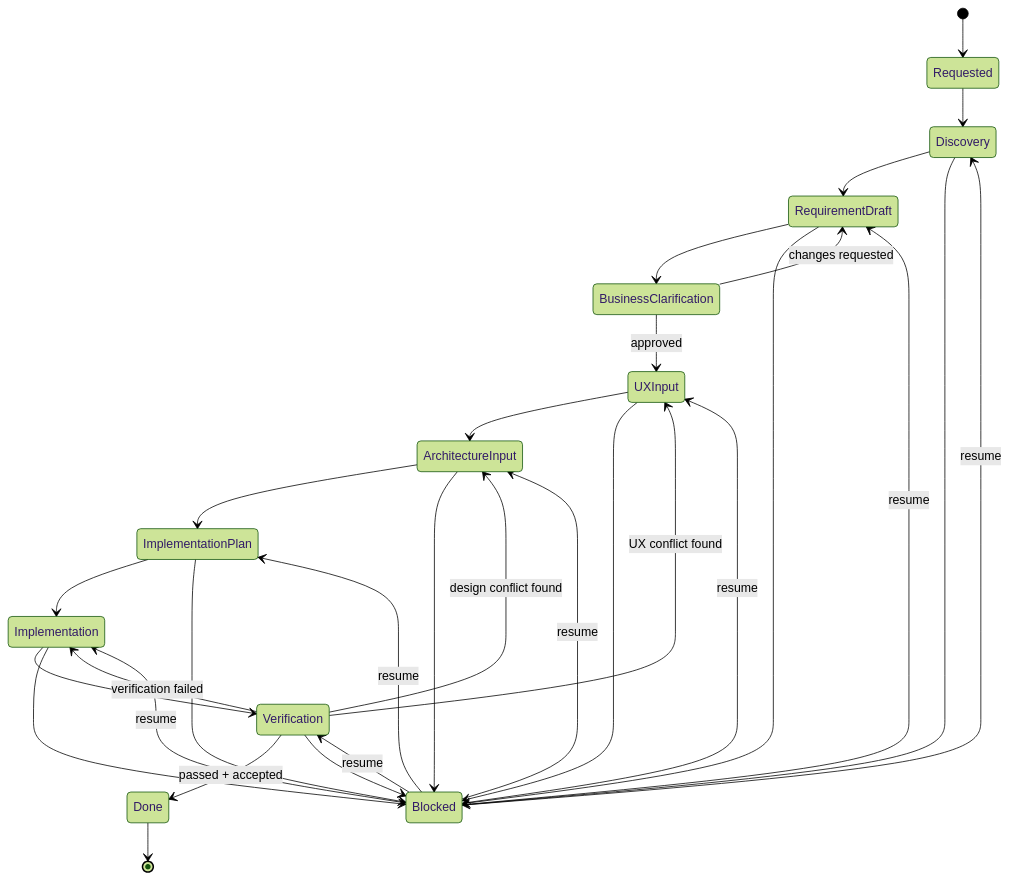
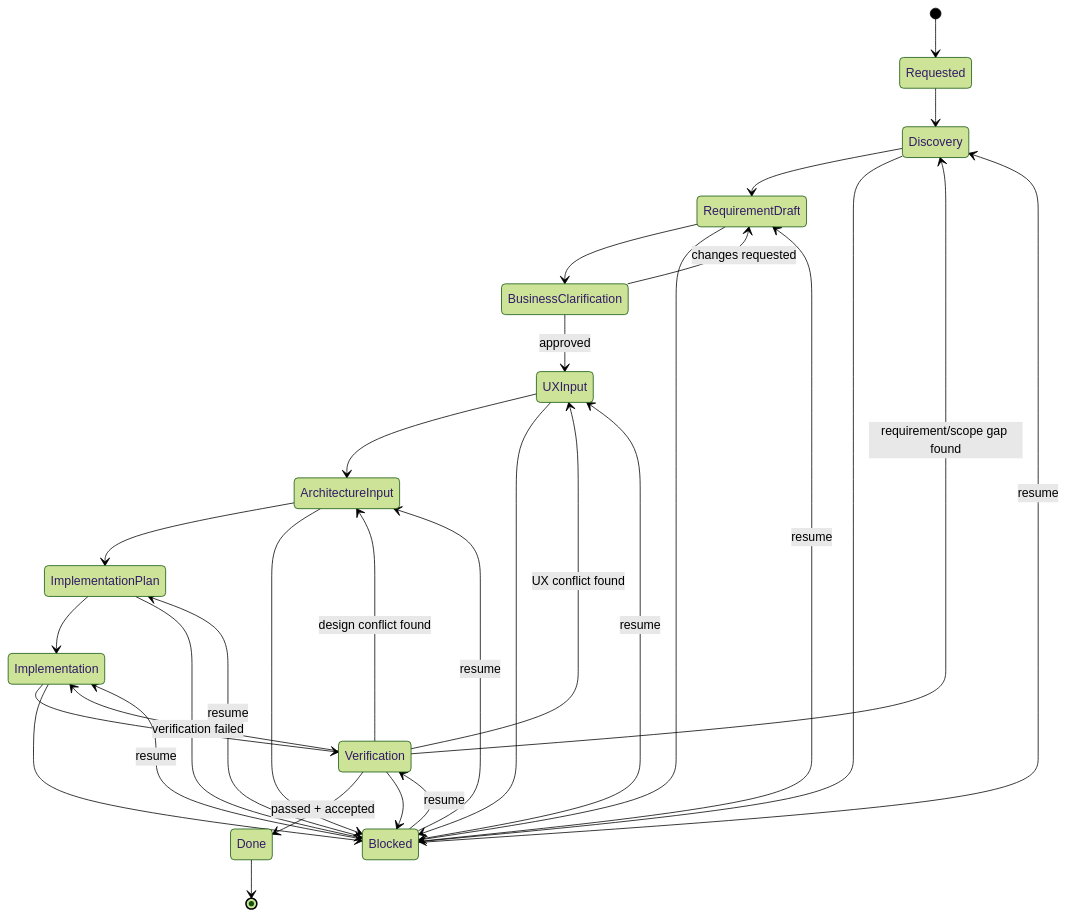
The diagram in WORKFLOW.md (saad-acc/multimodalis), drawn with Mermaid (forest theme) before and after one commit. The commit also changed other lines of this file and 4 other files, not shown here.

First line of the commit message:
Add Discovery as a fourth Verification rework target

````diff
--- a/WORKFLOW.md
+++ b/WORKFLOW.md
@@ -29,34 +29,35 @@
 ```mermaid
 stateDiagram-v2
     [*] --> Requested
     Requested --> Discovery
     Discovery --> RequirementDraft
     RequirementDraft --> BusinessClarification
     BusinessClarification --> RequirementDraft: changes requested
     BusinessClarification --> UXInput: approved
     UXInput --> ArchitectureInput
     ArchitectureInput --> ImplementationPlan
     ImplementationPlan --> Implementation
     Implementation --> Verification
     Verification --> Implementation: verification failed
     Verification --> Done: passed + accepted
     Verification --> ArchitectureInput: design conflict found
     Verification --> UXInput: UX conflict found
+    Verification --> Discovery: requirement/scope gap found
 
     Discovery --> Blocked
     RequirementDraft --> Blocked
     UXInput --> Blocked
     ArchitectureInput --> Blocked
     ImplementationPlan --> Blocked
     Implementation --> Blocked
     Verification --> Blocked
     Blocked --> Discovery: resume
     Blocked --> RequirementDraft: resume
     Blocked --> UXInput: resume
     Blocked --> ArchitectureInput: resume
     Blocked --> ImplementationPlan: resume
     Blocked --> Implementation: resume
     Blocked --> Verification: resume
 
     Done --> [*]
 ```
````
